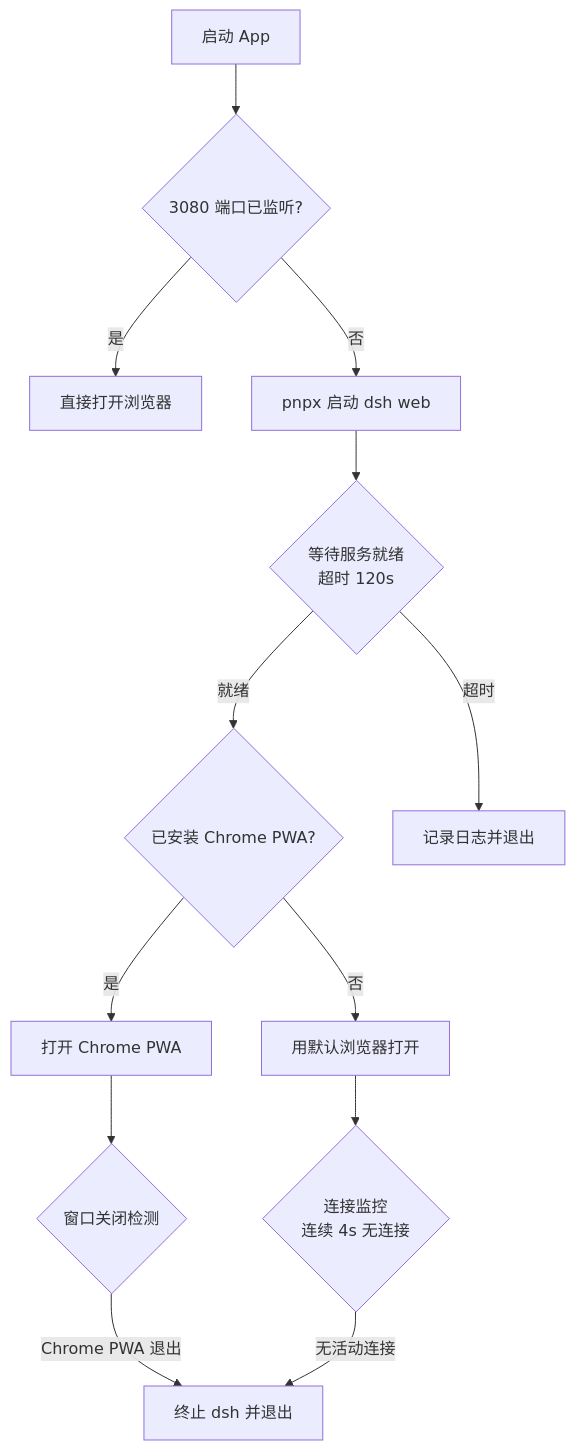
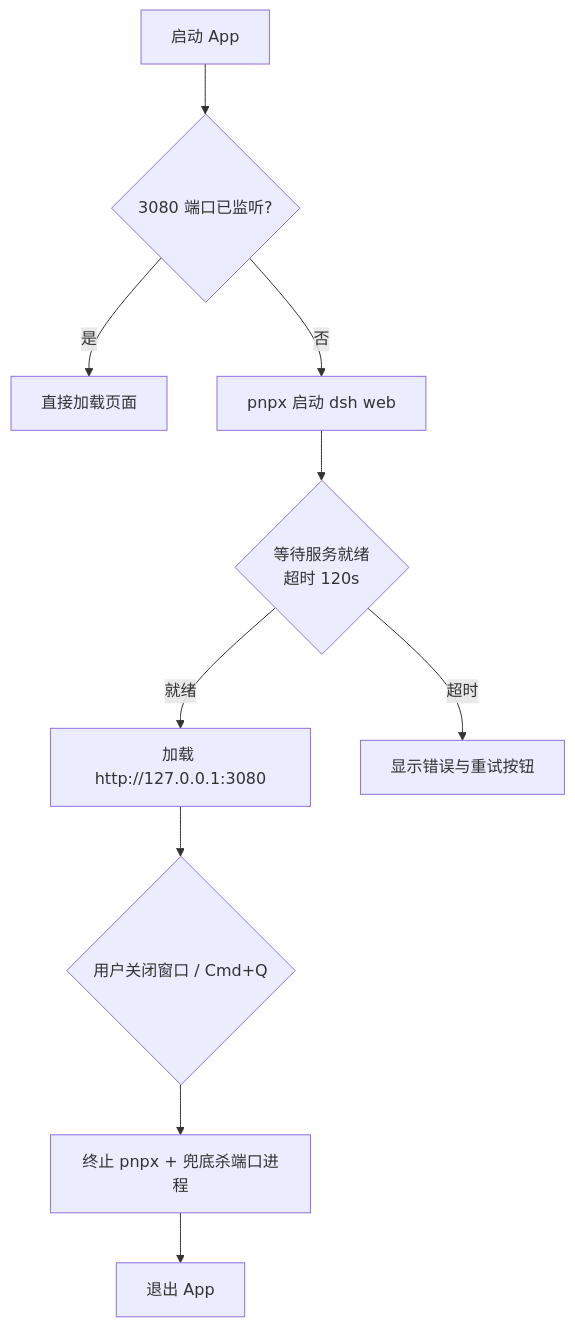
One commit to yujinping/dsh-app changed the diagram in README.md. Above: the diagram before and after it, drawn with Mermaid. The commit also changed other lines of this file and 7 other files, not shown here.

First line of the commit message:
feat(app): 改用内嵌 WKWebView 替代 Chrome PWA

````diff
--- a/README.md
+++ b/README.md
@@ -16,15 +18,12 @@
 ```mermaid
 flowchart TD
     A[启动 App] --> B{3080 端口已监听?}
-    B -- 是 --> C[直接打开浏览器]
+    B -- 是 --> C[直接加载页面]
     B -- 否 --> D[pnpx 启动 dsh web]
     D --> E{等待服务就绪<br>超时 120s}
-    E -- 就绪 --> F{已安装 Chrome PWA?}
-    E -- 超时 --> G[记录日志并退出]
-    F -- 是 --> H[打开 Chrome PWA]
-    F -- 否 --> I[用默认浏览器打开]
-    H --> J{窗口关闭检测}
-    I --> K{连接监控<br>连续 4s 无连接}
-    J -- Chrome PWA 退出 --> L[终止 dsh 并退出]
-    K -- 无活动连接 --> L
+    E -- 就绪 --> F[加载 http://127.0.0.1:3080]
+    E -- 超时 --> G[显示错误与重试按钮]
+    F --> H{用户关闭窗口 / Cmd+Q}
+    H --> I[终止 pnpx + 兜底杀端口进程]
+    I --> J[退出 App]
 ```
````
